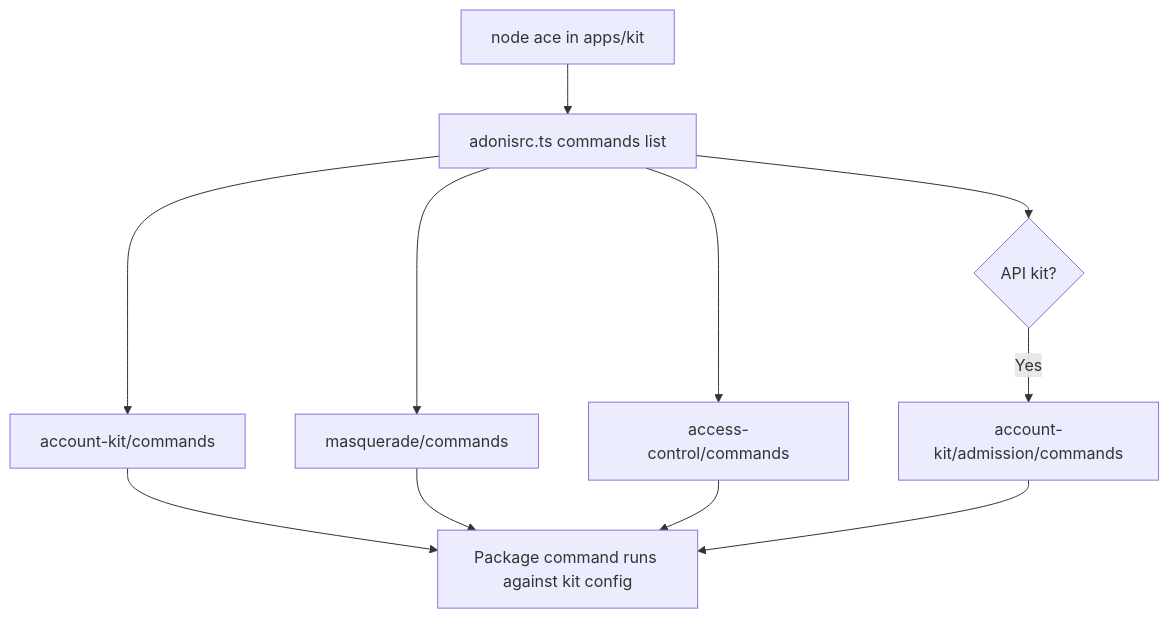
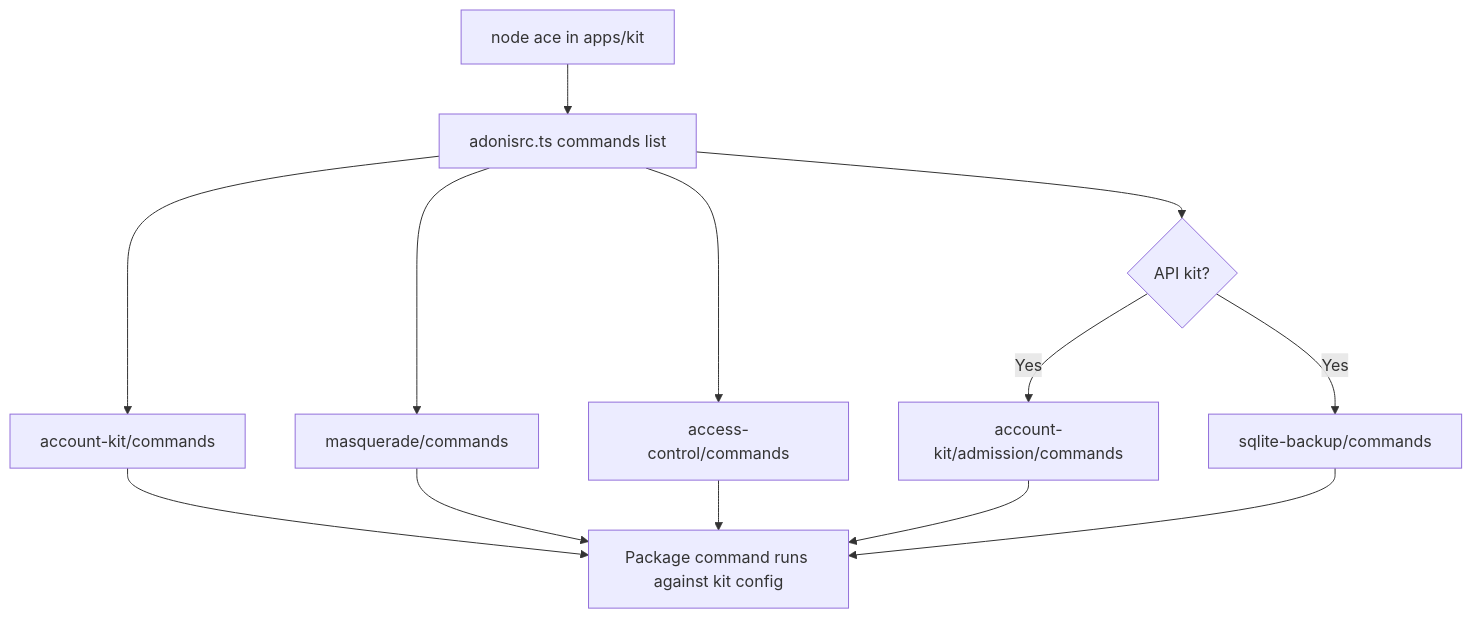
Before and after one commit to Kevinjohn/oss-adonisjs-starter-examples: the second of 2 diagrams in user-stories/operations/us-ops-09-run-package-commands.md, drawn with Mermaid. The commit also changed other lines of this file and 29 other files, not shown here.

````diff
--- a/user-stories/operations/us-ops-09-run-package-commands.md
+++ b/user-stories/operations/us-ops-09-run-package-commands.md
@@ -64,13 +64,15 @@
 ```mermaid
 flowchart TD
     A["node ace in apps/kit"] --> B["adonisrc.ts commands list"]
     B --> C["account-kit/commands"]
     B --> D["masquerade/commands"]
     B --> E["access-control/commands"]
     B --> F{"API kit?"}
     F -->|Yes| G["account-kit/admission/commands"]
+    F -->|Yes| S["sqlite-backup/commands"]
+    S --> H
     C --> H["Package command runs against kit config"]
     D --> H
     E --> H
     G --> H
 ```
````
